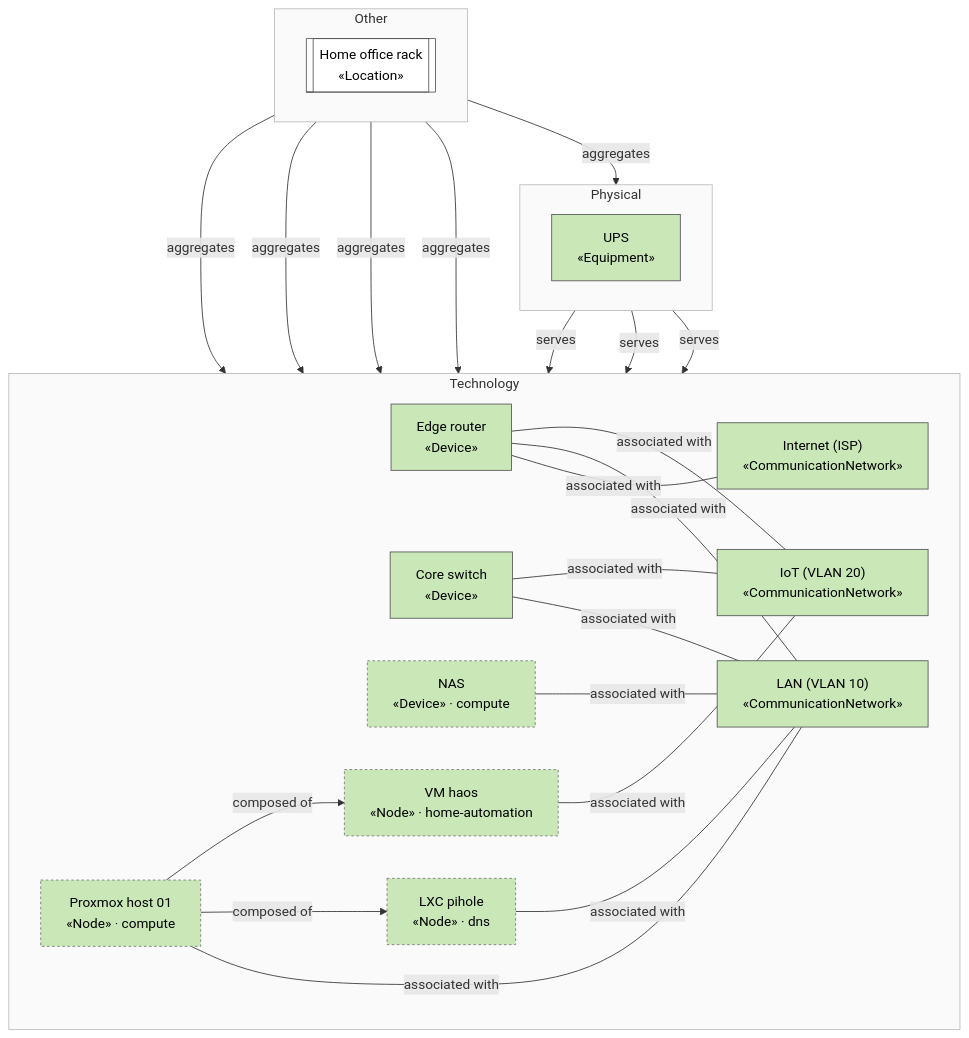
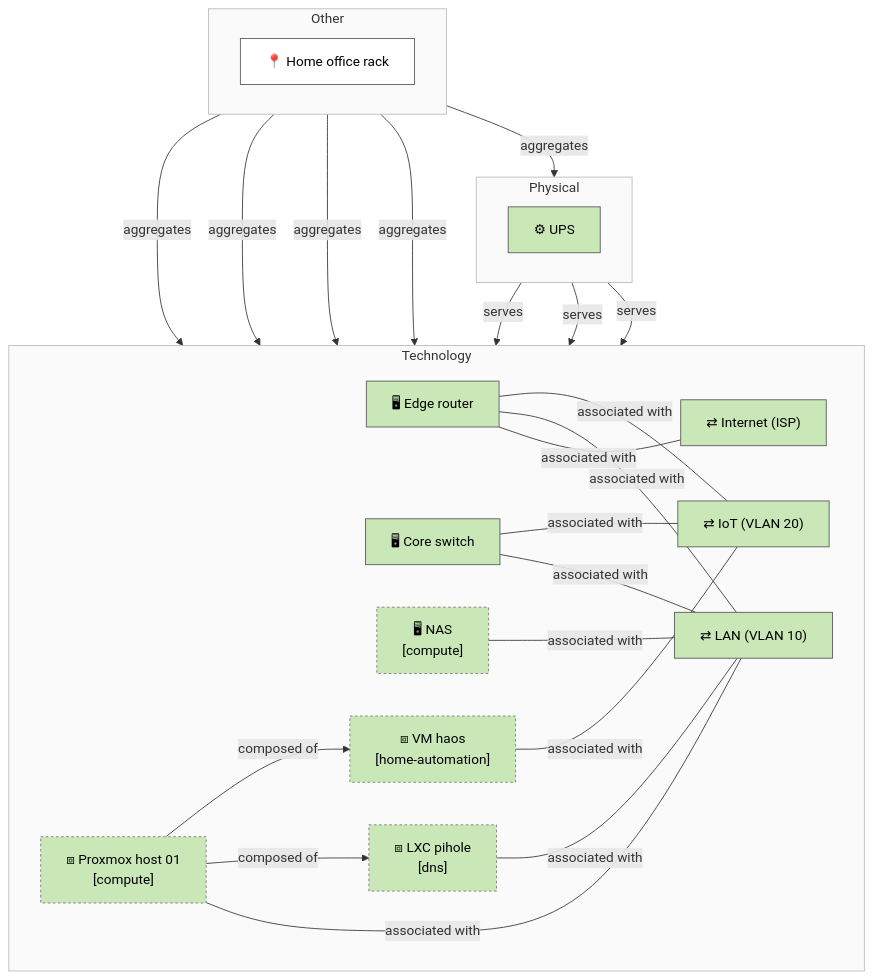
The diagram in docs/network/view-network.md (b-zig/a4m), drawn with Mermaid before and after one commit. The commit also changed other lines of this file and 15 other files, not shown here.

First line of the commit message:
Approximate ArchiMate notation in Mermaid flowcharts

````diff
--- a/docs/network/view-network.md
+++ b/docs/network/view-network.md
@@ -8,53 +8,53 @@
 ```mermaid
 flowchart TB
   subgraph layer_technology["Technology"]
     direction LR
-    tech_router["Edge router<br/>«Device»"]
-    tech_switch["Core switch<br/>«Device»"]
-    tech_net_wan["Internet (ISP)<br/>«CommunicationNetwork»"]
-    tech_net_lan["LAN (VLAN 10)<br/>«CommunicationNetwork»"]
-    tech_net_iot["IoT (VLAN 20)<br/>«CommunicationNetwork»"]
-    compute__tech_nas["NAS<br/>«Device» · compute"]
-    compute__tech_pve_01["Proxmox host 01<br/>«Node» · compute"]
-    dns__tech_lxc_pihole["LXC pihole<br/>«Node» · dns"]
-    home_automation__tech_vm_haos["VM haos<br/>«Node» · home-automation"]
+    tech_router@{ shape: rect, label: "🖥 Edge router" }
+    tech_switch@{ shape: rect, label: "🖥 Core switch" }
+    tech_net_wan@{ shape: rect, label: "⇄ Internet (ISP)" }
+    tech_net_lan@{ shape: rect, label: "⇄ LAN (VLAN 10)" }
+    tech_net_iot@{ shape: rect, label: "⇄ IoT (VLAN 20)" }
+    compute__tech_nas@{ shape: rect, label: "🖥 NAS<br/>[compute]" }
+    compute__tech_pve_01@{ shape: rect, label: "⧈ Proxmox host 01<br/>[compute]" }
+    dns__tech_lxc_pihole@{ shape: rect, label: "⧈ LXC pihole<br/>[dns]" }
+    home_automation__tech_vm_haos@{ shape: rect, label: "⧈ VM haos<br/>[home-automation]" }
   end
   subgraph layer_physical["Physical"]
     direction LR
-    phys_ups["UPS<br/>«Equipment»"]
+    phys_ups@{ shape: rect, label: "⚙ UPS" }
   end
   subgraph layer_other["Other"]
     direction LR
-    oth_loc_home[["Home office rack<br/>«Location»"]]
+    oth_loc_home@{ shape: rect, label: "📍 Home office rack" }
   end
   oth_loc_home -->|"aggregates"| tech_router
   oth_loc_home -->|"aggregates"| tech_switch
   oth_loc_home -->|"aggregates"| phys_ups
   phys_ups -->|"serves"| tech_router
   tech_router ---|"associated with"| tech_net_wan
   tech_router ---|"associated with"| tech_net_lan
   tech_router ---|"associated with"| tech_net_iot
   tech_switch ---|"associated with"| tech_net_lan
   tech_switch ---|"associated with"| tech_net_iot
   oth_loc_home -->|"aggregates"| compute__tech_pve_01
   oth_loc_home -->|"aggregates"| compute__tech_nas
   phys_ups -->|"serves"| compute__tech_pve_01
   phys_ups -->|"serves"| compute__tech_nas
   compute__tech_pve_01 ---|"associated with"| tech_net_lan
   compute__tech_nas ---|"associated with"| tech_net_lan
   compute__tech_pve_01 -->|"composed of"| dns__tech_lxc_pihole
   dns__tech_lxc_pihole ---|"associated with"| tech_net_lan
   compute__tech_pve_01 -->|"composed of"| home_automation__tech_vm_haos
   home_automation__tech_vm_haos ---|"associated with"| tech_net_iot
   classDef technology fill:#C9E7B7,stroke:#555,color:#000
   class tech_router,tech_switch,tech_net_wan,tech_net_lan,tech_net_iot,compute__tech_nas,compute__tech_pve_01,dns__tech_lxc_pihole,home_automation__tech_vm_haos technology
   style layer_technology fill:#fafafa,stroke:#bbb
   classDef physical fill:#C9E7B7,stroke:#555,color:#000
   class phys_ups physical
   style layer_physical fill:#fafafa,stroke:#bbb
   classDef other fill:#FFFFFF,stroke:#555,color:#000
   class oth_loc_home other
   style layer_other fill:#fafafa,stroke:#bbb
   classDef foreign stroke:#777,stroke-dasharray:3 3
   class compute__tech_nas,compute__tech_pve_01,dns__tech_lxc_pihole,home_automation__tech_vm_haos foreign
 ```
````
